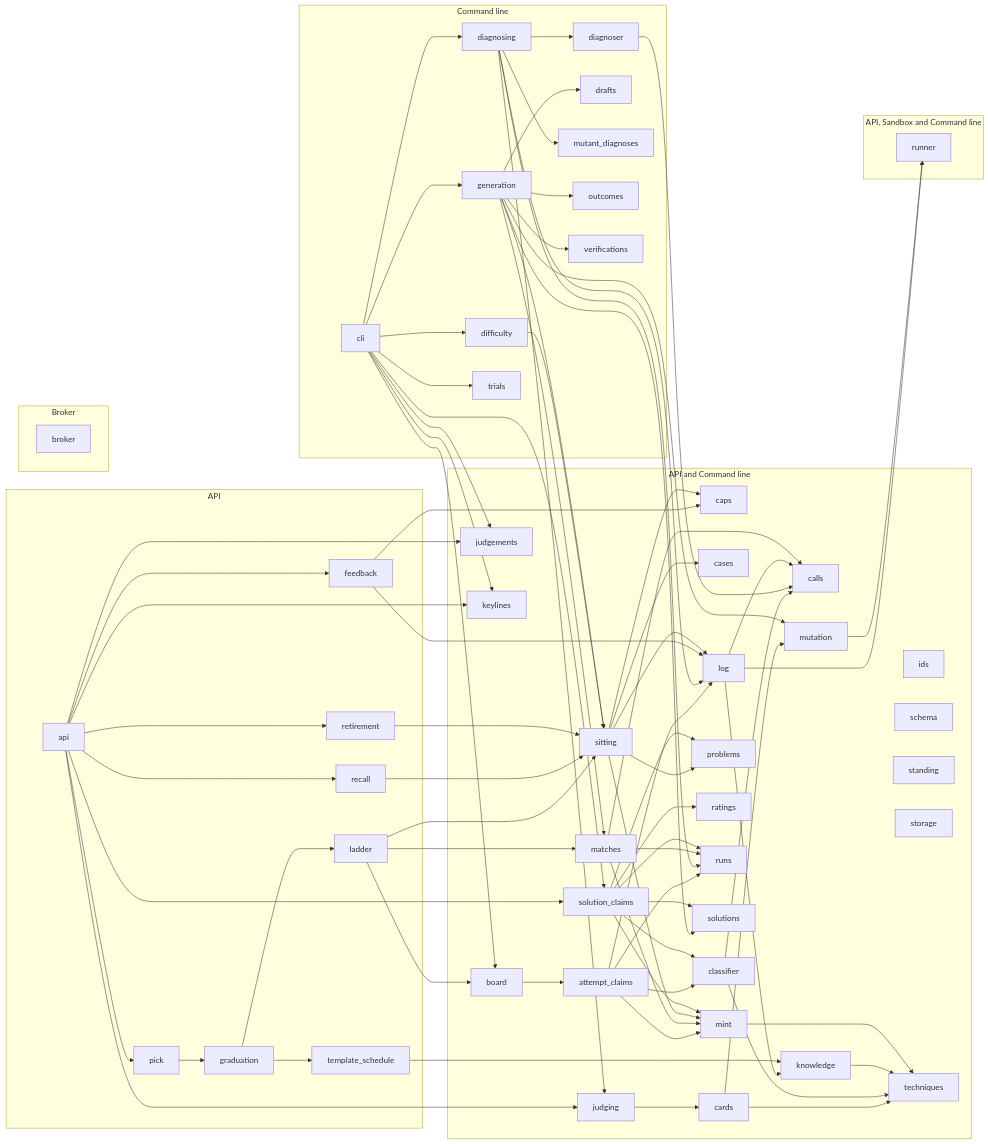
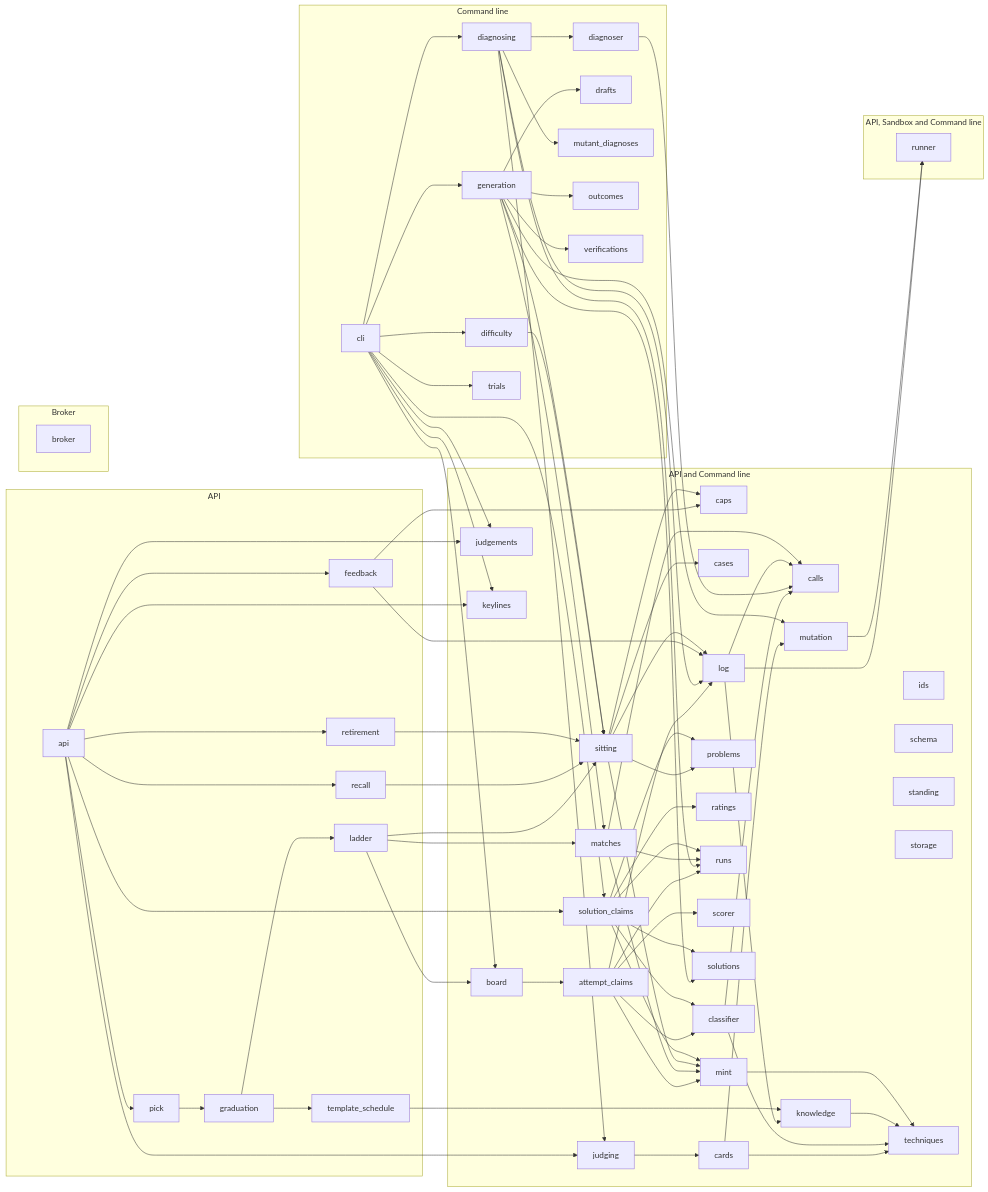
Before and after one commit to climbance/climbance: the diagram in docs/architecture/modules.md, drawn with Mermaid. The commit also changed 10 other files, not shown here.

```diff
--- a/docs/architecture/modules.md
+++ b/docs/architecture/modules.md
@@ -80,6 +80,7 @@
         climb_ratings["ratings"]
         climb_runs["runs"]
         climb_schema["schema"]
+        climb_scorer["scorer"]
         climb_sitting["sitting"]
         climb_solution_claims["solution_claims"]
         climb_solutions["solutions"]
@@ -102,6 +103,7 @@
     climb_attempt_claims --> climb_log
     climb_attempt_claims --> climb_mint
     climb_attempt_claims --> climb_runs
+    climb_attempt_claims --> climb_scorer
     climb_board --> climb_attempt_claims
     climb_cards --> climb_mutation
     climb_cards --> climb_techniques
```
